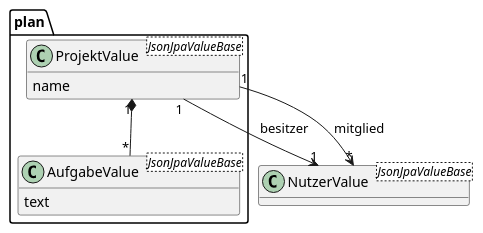
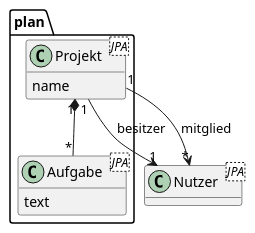
One commit to cardsplus/demoscs changed the diagram in doc/EsyPlanApi.adoc. Above: the diagram before and after it, drawn with PlantUML. The commit also changed other lines of this file and 59 other files, not shown here.

```diff
--- a/doc/EsyPlanApi.adoc
+++ b/doc/EsyPlanApi.adoc
@@ -42,19 +42,19 @@
-[plantuml,Plan,png]
+[plantuml,EsyPlan,png]
 ----
 !pragma layout smetana
 hide members
 show attributes
-class NutzerValue<JsonJpaValueBase> {
+class Nutzer<JPA> {
 }
 package "plan" {
-  class AufgabeValue<JsonJpaValueBase> {
+  class Aufgabe<JPA> {
     text
   }
-  class ProjektValue<JsonJpaValueBase> {
+  class Projekt<JPA> {
     name
   }
-  ProjektValue "1" *-- "*" AufgabeValue
-  ProjektValue "1" --> "1" NutzerValue : besitzer
-  ProjektValue "1" --> "*" NutzerValue : mitglied
+  Projekt "1" *-- "*" Aufgabe
+  Projekt "1" --> "1" Nutzer : besitzer
+  Projekt "1" --> "*" Nutzer : mitglied
 }
 ----
```
